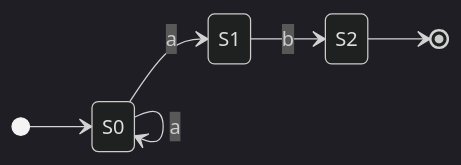
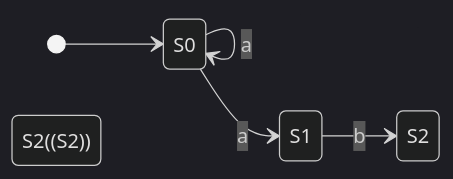
One commit to bradpenney/exploring_computer_science changed the fourth of 13 diagrams in docs/fundamentals/finite_state_machines.md. Above: the diagram before and after it, drawn with Mermaid (dark theme). The commit also changed other lines of this file and 3 other files, not shown here.

````diff
--- a/docs/fundamentals/finite_state_machines.md
+++ b/docs/fundamentals/finite_state_machines.md
@@ -120,9 +136,9 @@
 ```mermaid
 stateDiagram-v2
     direction LR
     [*] --> S0
     S0 --> S0: a
     S0 --> S1: a
     S1 --> S2: b
-    S2 --> [*]
+    S2((S2))
 ```
````
